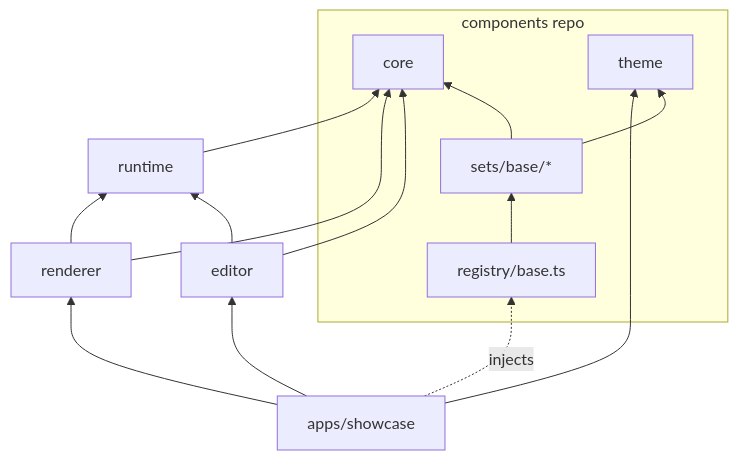
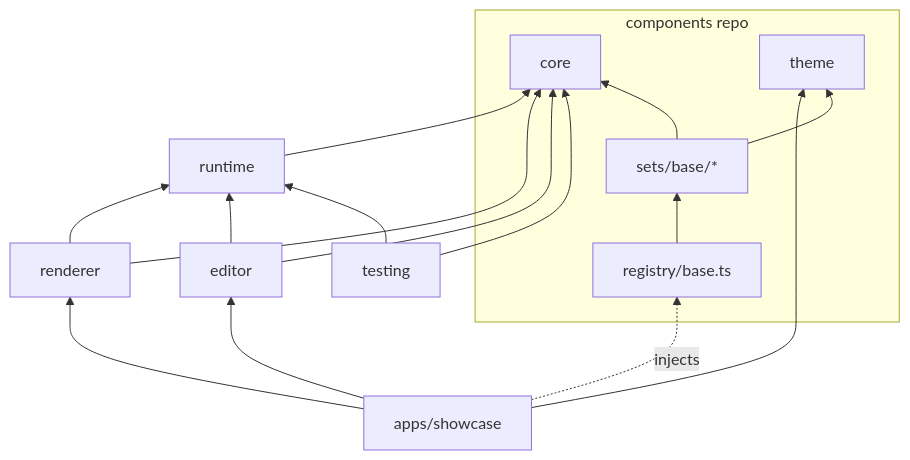
The first of 3 diagrams in ARCHITECTURE.md (aggressive-stag/yadad), drawn with Mermaid before and after one commit. The commit also changed other lines of this file, not shown here.

First line of the commit message:
docs: update ARCHITECTURE for boards, the viewer and the state grid

````diff
--- a/ARCHITECTURE.md
+++ b/ARCHITECTURE.md
@@ -62,19 +66,21 @@
 ```mermaid
 flowchart BT
   core[core]
   runtime[runtime] --> core
   renderer[renderer] --> core
   renderer --> runtime
   editor[editor] --> core
   editor --> runtime
+  testing[testing] --> core
+  testing --> runtime
   theme[theme]
   showcase[apps/showcase] --> renderer
   showcase --> editor
   showcase --> theme
   showcase -. injects .-> reg
   subgraph comp["components repo"]
     reg[registry/base.ts] --> sets[sets/base/*]
     sets --> core
     sets --> theme
   end
 ```
````
